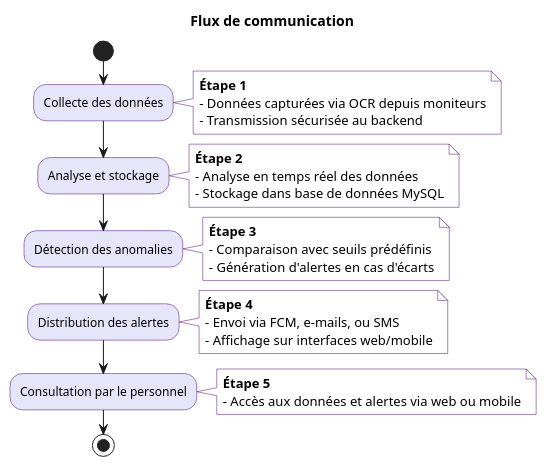
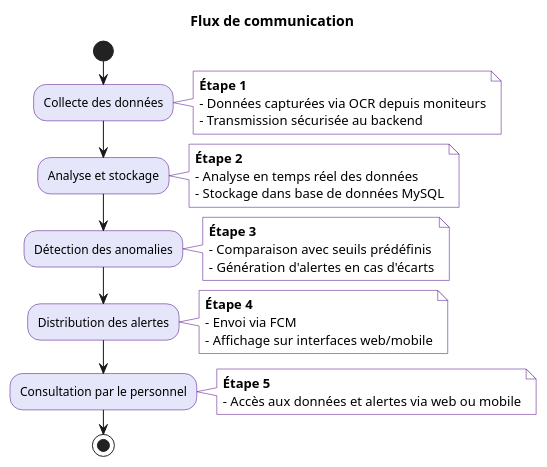
Before and after one commit to RachaZaibi/rapport: the diagram in chapter3/diagrams/communication_flow_chart.wsd, drawn with PlantUML. The commit also changed 89 other files, not shown here.

```diff
--- a/chapter3/diagrams/communication_flow_chart.wsd
+++ b/chapter3/diagrams/communication_flow_chart.wsd
@@ -1,52 +1,52 @@
 @startuml
 title Flux de communication
 
 skinparam activity {
     BackgroundColor #E6E6FA
     BorderColor #4B0082
     FontColor #000000
 }
 skinparam note {
     BackgroundColor #FFFFFF
     BorderColor #4B0082
     FontColor #000000
 }
 
 start
 :Collecte des données;
 note right
   <b>Étape 1</b>
   - Données capturées via OCR depuis moniteurs
   - Transmission sécurisée au backend
 end note
 
 :Analyse et stockage;
 note right
   <b>Étape 2</b>
   - Analyse en temps réel des données
   - Stockage dans base de données MySQL
 end note
 
 :Détection des anomalies;
 note right
   <b>Étape 3</b>
   - Comparaison avec seuils prédéfinis
   - Génération d'alertes en cas d'écarts
 end note
 
 :Distribution des alertes;
 note right
   <b>Étape 4</b>
-  - Envoi via FCM, e-mails, ou SMS
+  - Envoi via FCM
   - Affichage sur interfaces web/mobile
 end note
 
 :Consultation par le personnel;
 note right
   <b>Étape 5</b>
   - Accès aux données et alertes via web ou mobile
 end note
 
 stop
 
 @enduml
```
